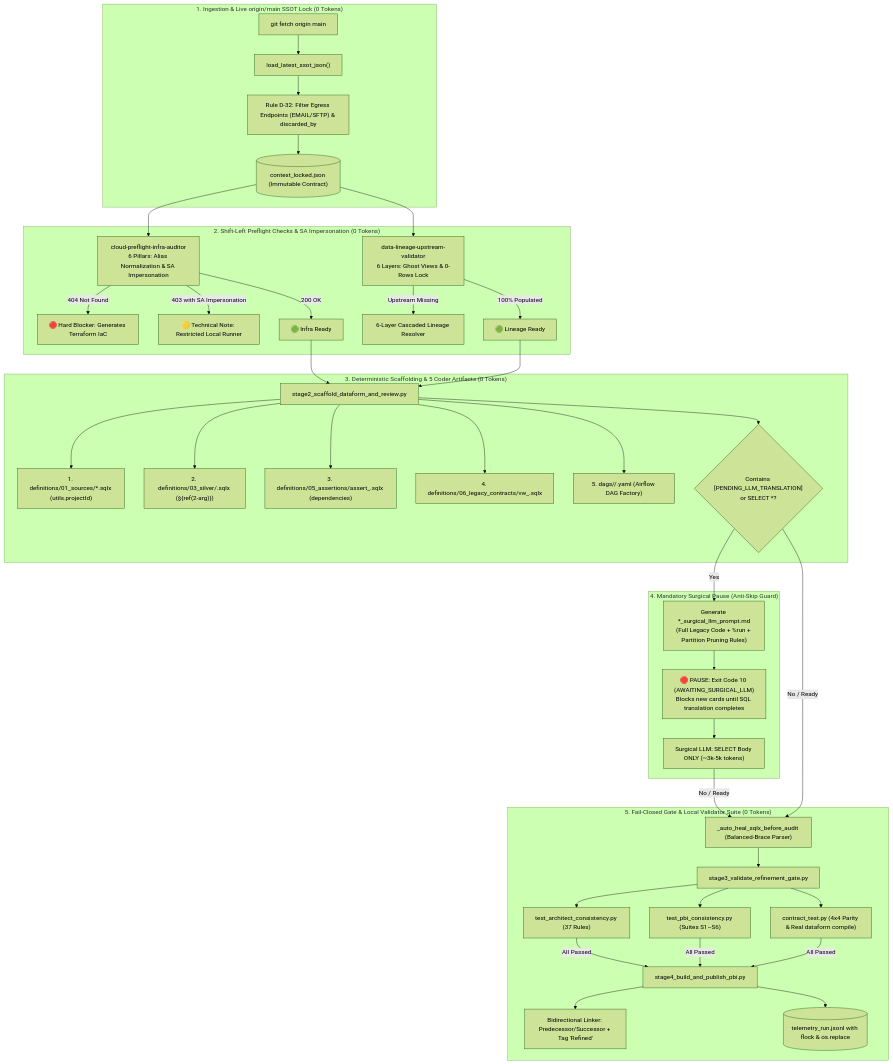
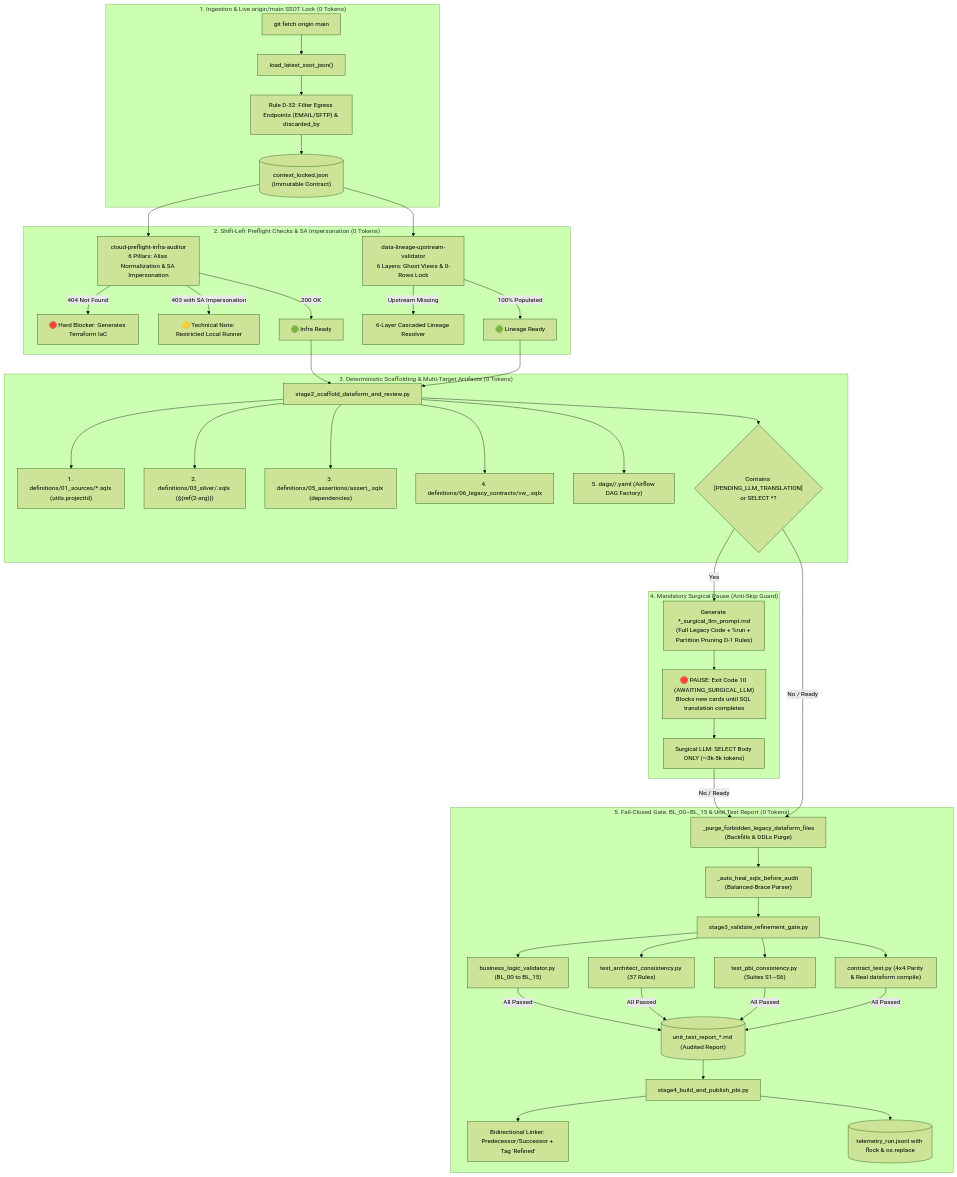
Before and after one commit to mvsimao/agent-skills: the first of 5 diagrams in README.md, drawn with Mermaid (forest theme). The commit also changed other lines of this file and 16 other files, not shown here.

````diff
--- a/README.md
+++ b/README.md
@@ -76,46 +123,49 @@
 ```mermaid
 flowchart TD
     subgraph INGRESS["1. Ingestion & Live origin/main SSOT Lock (0 Tokens)"]
         GIT["git fetch origin main"] --> SSOT["load_latest_ssot_json()"]
         SSOT --> D32["Rule D-32: Filter Egress Endpoints (EMAIL/SFTP) & discarded_by"]
         D32 --> CTX[("context_locked.json (Immutable Contract)")]
     end
 
     subgraph PREFLIGHT["2. Shift-Left Preflight Checks & SA Impersonation (0 Tokens)"]
         CTX --> SKILL1["cloud-preflight-infra-auditor\n6 Pillars: Alias Normalization & SA Impersonation"]
         CTX --> SKILL2["data-lineage-upstream-validator\n6 Layers: Ghost Views & 0-Rows Lock"]
         
         SKILL1 -->|404 Not Found| BLK1["🔴 Hard Blocker: Generates Terraform IaC"]
         SKILL1 -->|403 with SA Impersonation| WRN1["🟡 Technical Note: Restricted Local Runner"]
         SKILL1 -->|200 OK| PASS1["🟢 Infra Ready"]
         SKILL2 -->|Upstream Missing| LIN6["6-Layer Cascaded Lineage Resolver"]
         SKILL2 -->|100% Populated| PASS2["🟢 Lineage Ready"]
     end
 
-    subgraph SCAFFOLD["3. Deterministic Scaffolding & 5 Coder Artifacts (0 Tokens)"]
+    subgraph SCAFFOLD["3. Deterministic Scaffolding & Multi-Target Artifacts (0 Tokens)"]
         PASS1 & PASS2 --> SKILL3_STAGE2["stage2_scaffold_dataform_and_review.py"]
         SKILL3_STAGE2 --> A1["1. definitions/01_sources/*.sqlx (utils.projectId)"]
         SKILL3_STAGE2 --> A2["2. definitions/03_silver/<table>.sqlx (${ref(2-arg)})"]
         SKILL3_STAGE2 --> A3["3. definitions/05_assertions/assert_<table>.sqlx (dependencies)"]
         SKILL3_STAGE2 --> A4["4. definitions/06_legacy_contracts/vw_<table>.sqlx"]
         SKILL3_STAGE2 --> A5["5. dags/<region>/<dag_id>.yaml (Airflow DAG Factory)"]
         SKILL3_STAGE2 --> DETECT{"Contains [PENDING_LLM_TRANSLATION]\nor SELECT *?"}
     end
 
     subgraph SURGICAL_PAUSE["4. Mandatory Surgical Pause (Anti-Skip Guard)"]
-        DETECT -->|Yes| PROMPT["Generate *_surgical_llm_prompt.md\n(Full Legacy Code + %run + Partition Pruning Rules)"]
+        DETECT -->|Yes| PROMPT["Generate *_surgical_llm_prompt.md\n(Full Legacy Code + %run + Partition Pruning D-1 Rules)"]
         PROMPT --> PAUSE["🛑 PAUSE: Exit Code 10 (AWAITING_SURGICAL_LLM)\nBlocks new cards until SQL translation completes"]
         PAUSE --> LLM["Surgical LLM: SELECT Body ONLY (~3k-5k tokens)"]
     end
 
-    subgraph GATE["5. Fail-Closed Gate & Local Validator Suite (0 Tokens)"]
-        LLM & DETECT -->|No / Ready| HEAL["_auto_heal_sqlx_before_audit (Balanced-Brace Parser)"]
+    subgraph GATE["5. Fail-Closed Gate, BL_00–BL_15 & Unit Test Report (0 Tokens)"]
+        LLM & DETECT -->|No / Ready| PURGE["_purge_forbidden_legacy_dataform_files\n(Backfills & DDLs Purge)"]
+        PURGE --> HEAL["_auto_heal_sqlx_before_audit (Balanced-Brace Parser)"]
         HEAL --> GT["stage3_validate_refinement_gate.py"]
+        GT --> BL["business_logic_validator.py (BL_00 to BL_15)"]
         GT --> V1["test_architect_consistency.py (37 Rules)"]
         GT --> V2["test_pbi_consistency.py (Suites S1–S6)"]
         GT --> V3["contract_test.py (4x4 Parity & Real dataform compile)"]
-        V1 & V2 & V3 -->|All Passed| PUB["stage4_build_and_publish_pbi.py"]
+        BL & V1 & V2 & V3 -->|All Passed| UTR[("unit_test_report_*.md (Audited Report)")]
+        UTR --> PUB["stage4_build_and_publish_pbi.py"]
         PUB --> ADO["Bidirectional Linker: Predecessor/Successor + Tag 'Refined'"]
         PUB --> TLM[("telemetry_run.jsonl with flock & os.replace")]
     end
 ```
````
